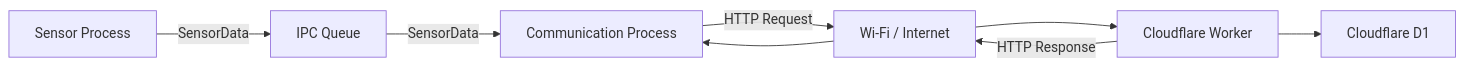
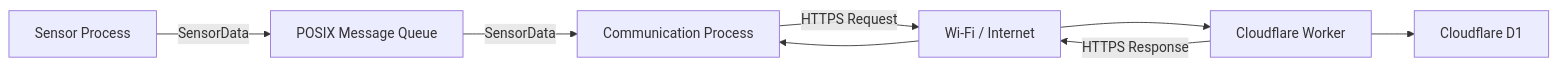
One commit to yujimasuda77777/Raspberry_Pi_4B_Edge_IoT_System changed diagram 12 of 15 in docs/04_data_ipc_communication.md. Above: the diagram before and after it, drawn with Mermaid. The commit also changed other lines of this file and 1 other file, not shown here.

````diff
--- a/docs/04_data_ipc_communication.md
+++ b/docs/04_data_ipc_communication.md
@@ -750,17 +762,17 @@
 ```mermaid
 flowchart LR
     Sensor["Sensor Process"]
-    IPC["IPC Queue"]
+    IPC["POSIX Message Queue"]
     Comm["Communication Process"]
     WiFi["Wi-Fi / Internet"]
     Worker["Cloudflare Worker"]
     D1["Cloudflare D1"]
 
     Sensor -->|SensorData| IPC
     IPC -->|SensorData| Comm
-    Comm -->|HTTP Request| WiFi
+    Comm -->|HTTPS Request| WiFi
     WiFi --> Worker
     Worker --> D1
-    Worker -->|HTTP Response| WiFi
+    Worker -->|HTTPS Response| WiFi
     WiFi --> Comm
 ```
````
